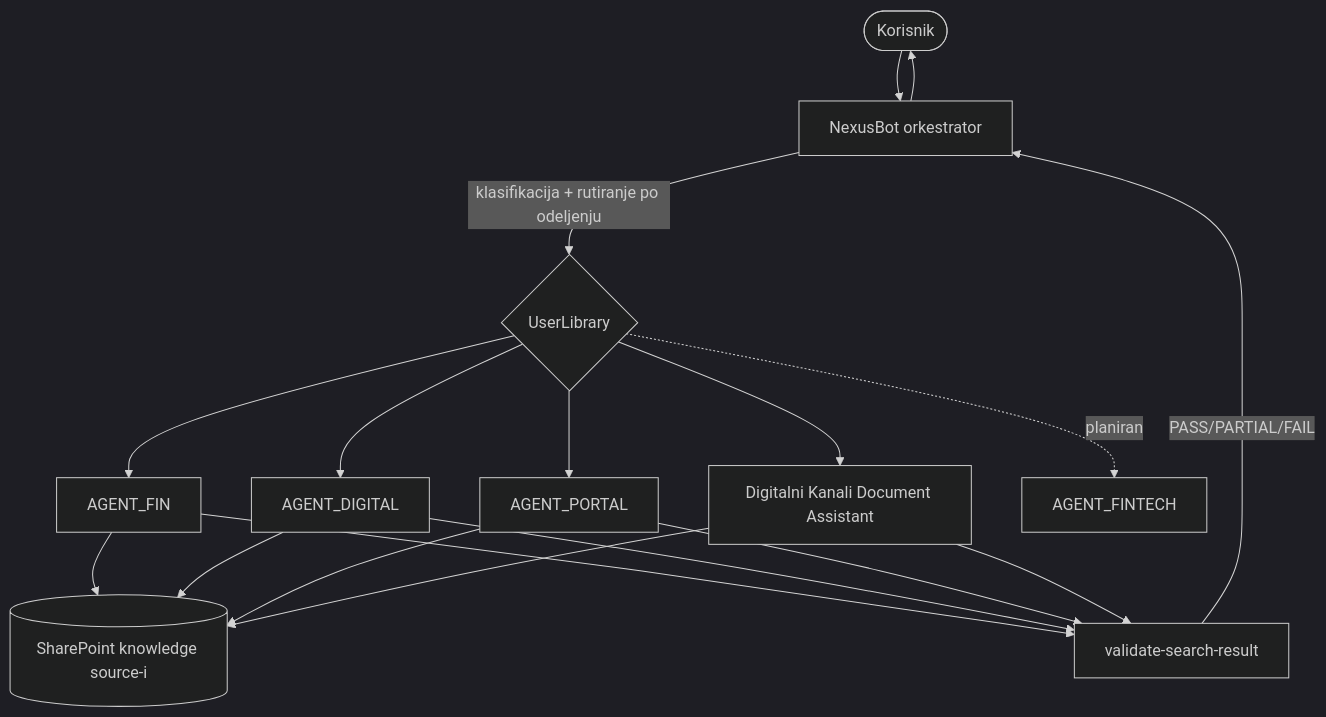
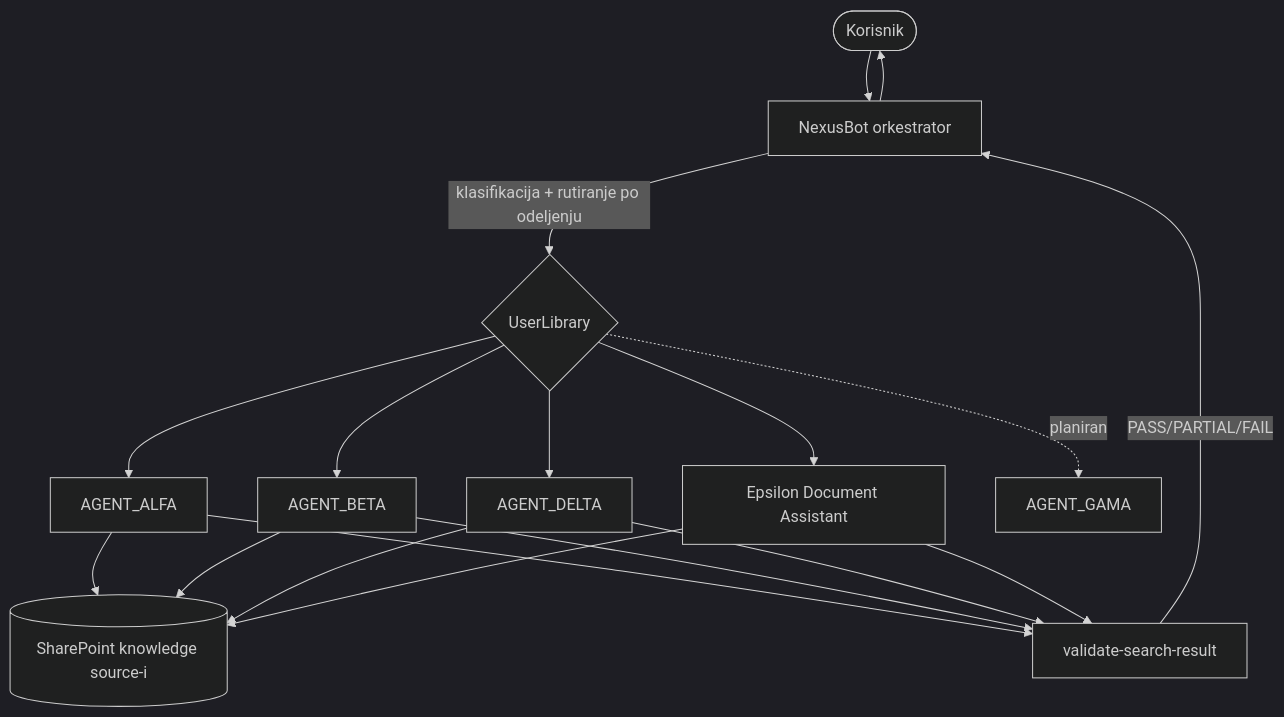
One commit to NikolaSae/nexus-SNF changed the diagram in index.mdx. Above: the diagram before and after it, drawn with Mermaid (dark theme). The commit also changed other lines of this file and 35 other files, not shown here.

````diff
--- a/index.mdx
+++ b/index.mdx
@@ -38,20 +38,20 @@
 ```mermaid
 flowchart TD
     U([Korisnik]) --> O[NexusBot orkestrator]
     O -->|klasifikacija + rutiranje po odeljenju| R{UserLibrary}
-    R --> A1[AGENT_FIN]
-    R --> A2[AGENT_DIGITAL]
-    R --> A3[AGENT_PORTAL]
-    R --> A4[Digitalni Kanali Document Assistant]
-    R -.planirano.-> A5[AGENT_FINTECH]
+    R --> A1[AGENT_ALFA]
+    R --> A2[AGENT_BETA]
+    R --> A3[AGENT_DELTA]
+    R --> A4[Epsilon Document Assistant]
+    R -.planirano.-> A5[AGENT_GAMA]
     A1 --> K[(SharePoint knowledge source-i)]
     A2 --> K
     A3 --> K
     A4 --> K
     A1 --> V[validate-search-result]
     A2 --> V
     A3 --> V
     A4 --> V
     V -->|PASS/PARTIAL/FAIL| O
     O --> U
 ```
````
